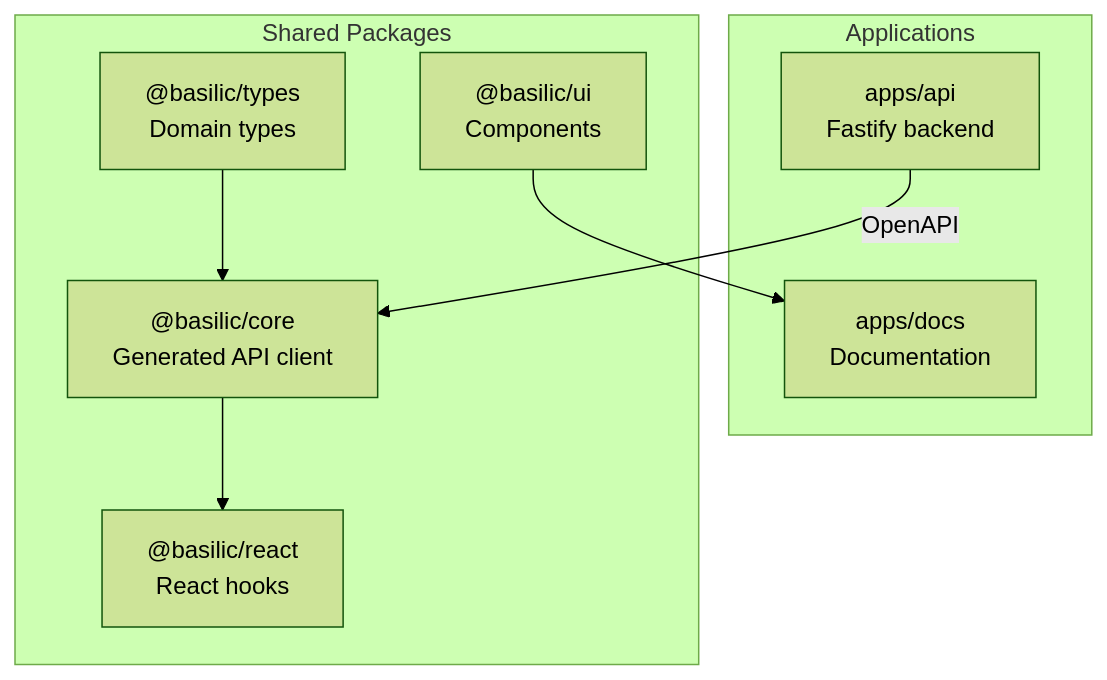
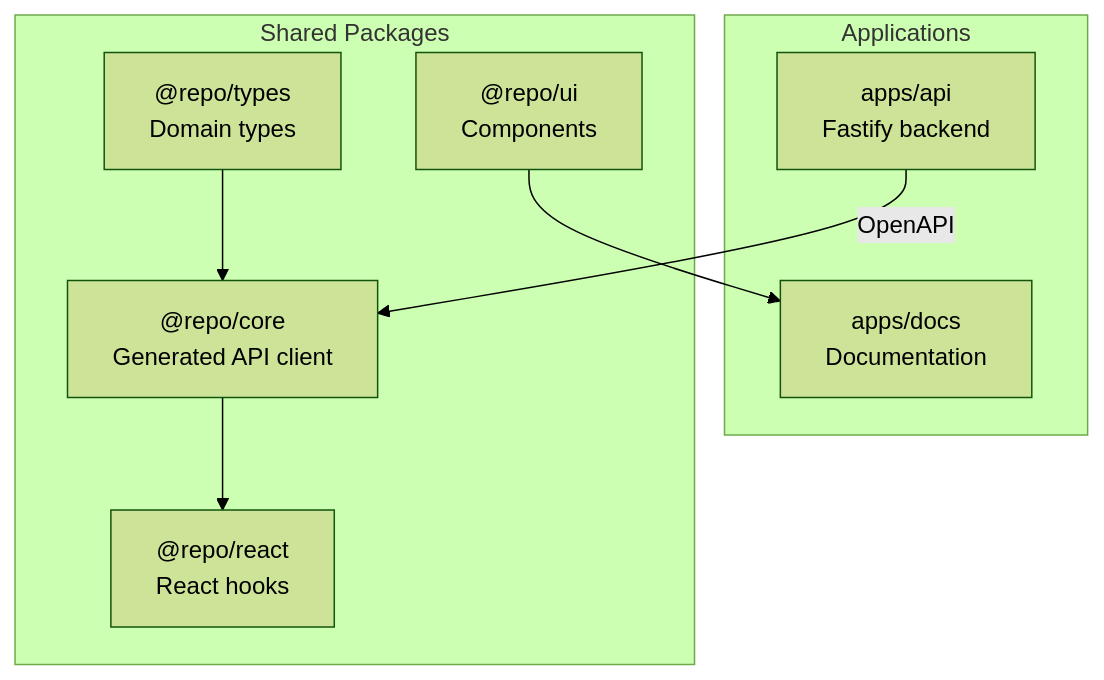
Before and after one commit to blockmatic/basilic-evm: the diagram in apps/docs/content/docs/getting-started.mdx, drawn with Mermaid (forest theme). The commit also changed 117 other files, not shown here.

````diff
--- a/apps/docs/content/docs/getting-started.mdx
+++ b/apps/docs/content/docs/getting-started.mdx
@@ -65,19 +65,19 @@
 ```mermaid
 flowchart TB
   subgraph Apps["Applications"]
     API["apps/api<br/>Fastify backend"]
     Docs["apps/docs<br/>Documentation"]
   end
 
   subgraph Packages["Shared Packages"]
-    Types["@basilic/types<br/>Domain types"]
-    Core["@basilic/core<br/>Generated API client"]
-    React["@basilic/react<br/>React hooks"]
-    UI["@basilic/ui<br/>Components"]
+    Types["@repo/types<br/>Domain types"]
+    Core["@repo/core<br/>Generated API client"]
+    React["@repo/react<br/>React hooks"]
+    UI["@repo/ui<br/>Components"]
   end
 
   Types --> Core
   Core --> React
   API -->|OpenAPI| Core
   UI --> Docs
 ```
````
